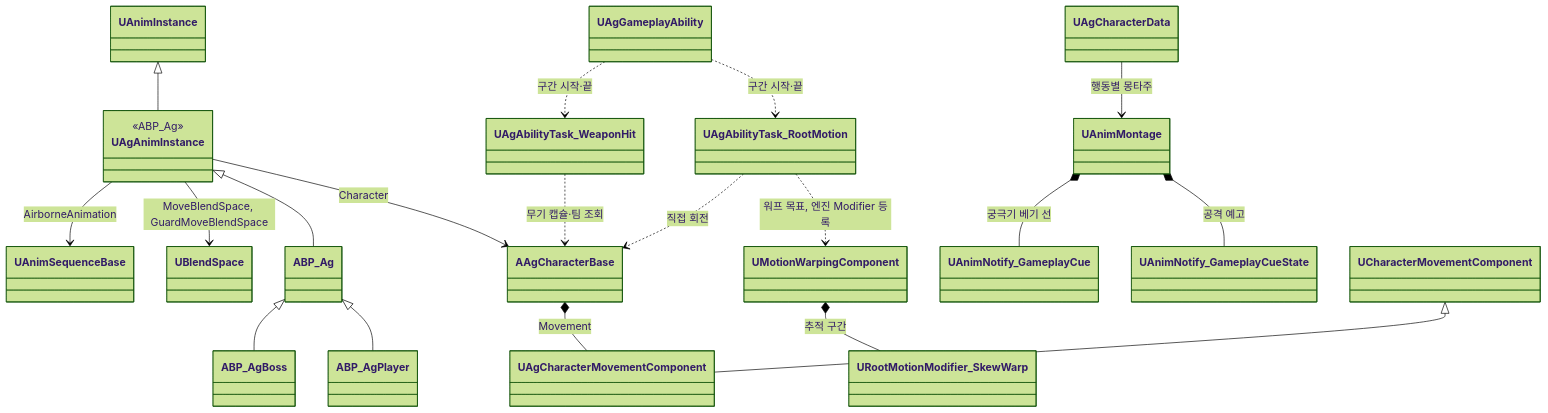
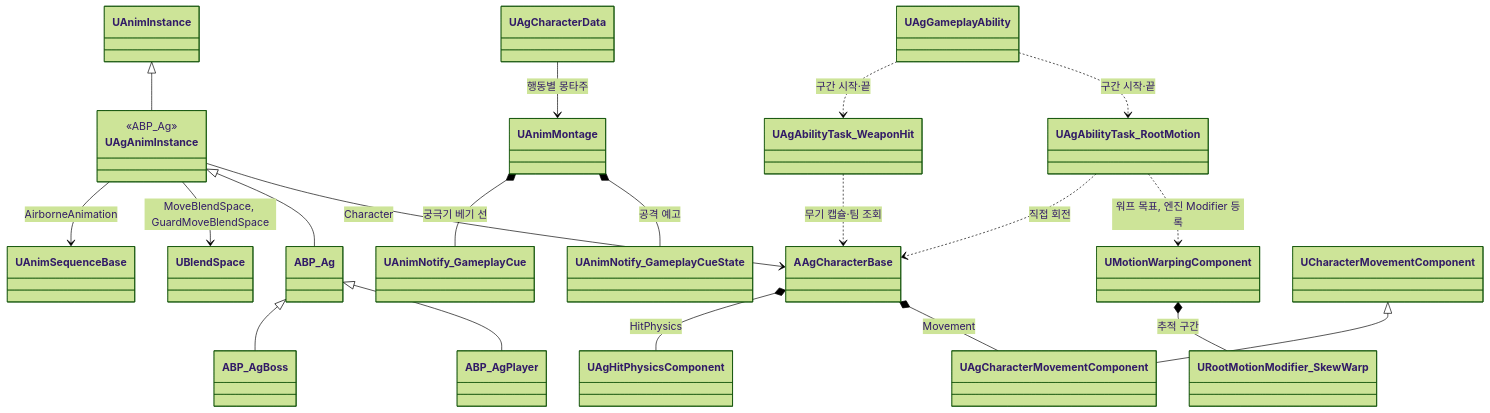
One commit to Woogl/Ag changed the diagram in Docs/Program/애니메이션과 이동.md. Above: the diagram before and after it, drawn with Mermaid (forest theme). The commit also changed other lines of this file and 25 other files, not shown here.

````diff
--- a/Docs/Program/애니메이션과 이동.md
+++ b/Docs/Program/애니메이션과 이동.md
@@ -43,26 +45,27 @@
 ```mermaid
 classDiagram
     direction TB
     class UAgAnimInstance {
         <<ABP_Ag>>
     }
     UAnimInstance <|-- UAgAnimInstance
     UAgAnimInstance --> AAgCharacterBase : Character
     UAgAnimInstance <|-- ABP_Ag
     ABP_Ag <|-- ABP_AgPlayer
     ABP_Ag <|-- ABP_AgBoss
     UAgAnimInstance --> UBlendSpace : MoveBlendSpace, GuardMoveBlendSpace
     UAgAnimInstance --> UAnimSequenceBase : AirborneAnimation
 
     UAnimMontage *-- UAnimNotify_GameplayCueState : 공격 예고
     UAnimMontage *-- UAnimNotify_GameplayCue : 궁극기 베기 선
     UAgCharacterData --> UAnimMontage : 행동별 몽타주
     UMotionWarpingComponent *-- URootMotionModifier_SkewWarp : 추적 구간
     UAgAbilityTask_RootMotion ..> UMotionWarpingComponent : 워프 목표, 엔진 Modifier 등록
     UAgAbilityTask_RootMotion ..> AAgCharacterBase : 직접 회전
     UAgGameplayAbility ..> UAgAbilityTask_RootMotion : 구간 시작·끝
     UAgGameplayAbility ..> UAgAbilityTask_WeaponHit : 구간 시작·끝
     UAgAbilityTask_WeaponHit ..> AAgCharacterBase : 무기 캡슐·팀 조회
     AAgCharacterBase *-- UAgCharacterMovementComponent : Movement
     UCharacterMovementComponent <|-- UAgCharacterMovementComponent
+    AAgCharacterBase *-- UAgHitPhysicsComponent : HitPhysics
 ```
````
